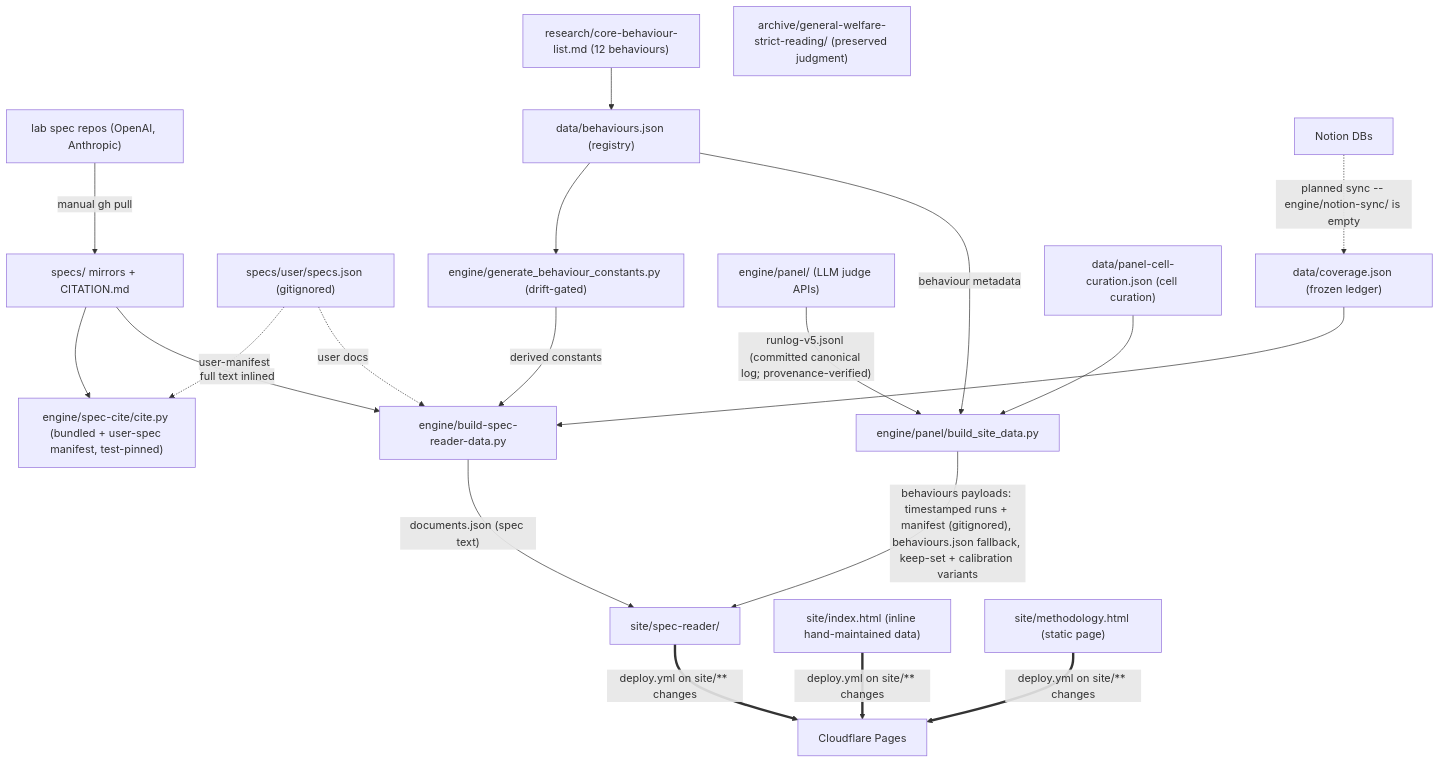
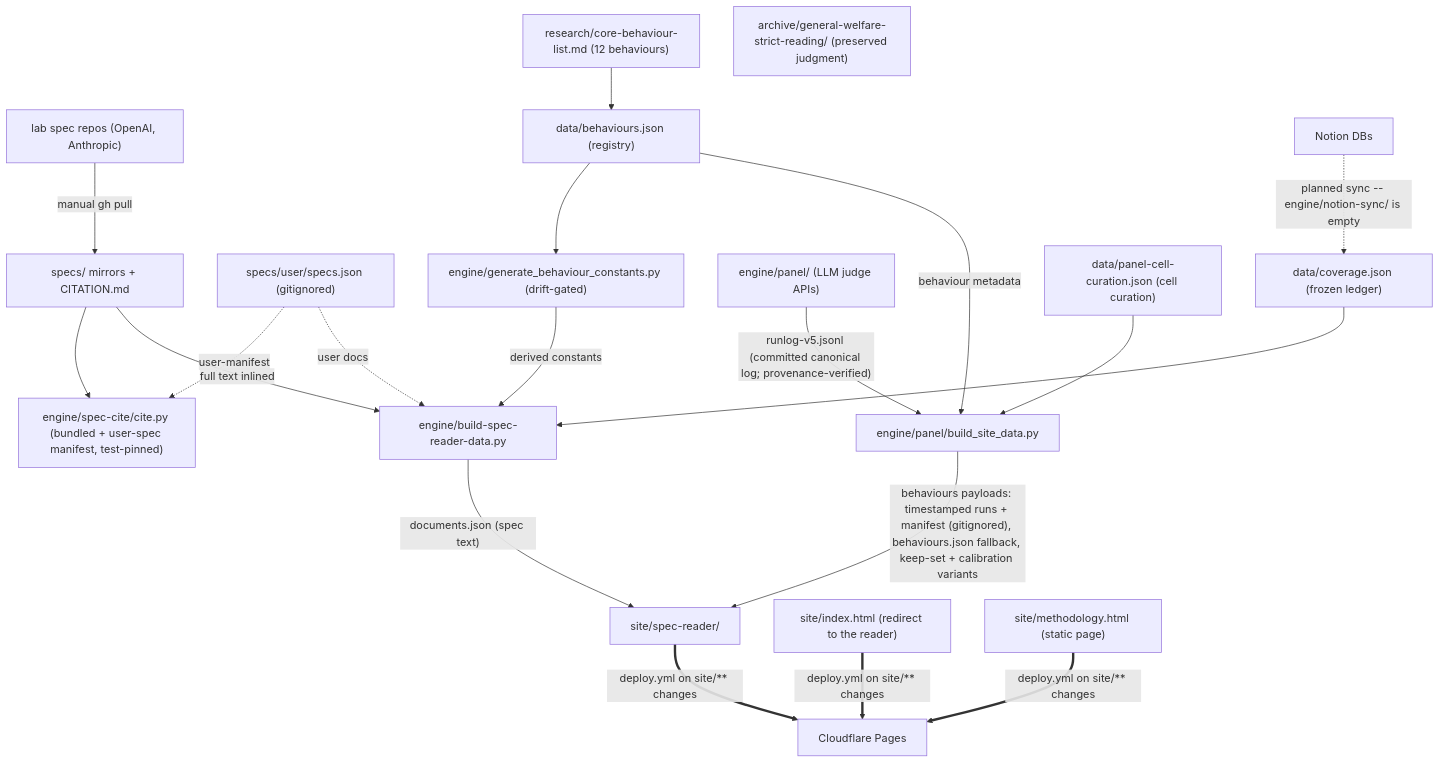
Before and after one commit to AndresCotton/ai-character-index: the diagram in SYSTEM.md, drawn with Mermaid. The commit also changed other lines of this file and 11 other files, not shown here.

First line of the commit message:
refactor(site): retire the index prototype -- the reader is the landing page

````diff
--- a/SYSTEM.md
+++ b/SYSTEM.md
@@ -13,22 +13,22 @@
 ```mermaid
 graph TB
   upstream["lab spec repos (OpenAI, Anthropic)"] -->|"manual gh pull"| specs["specs/ mirrors + CITATION.md"]
   specs --> cite["engine/spec-cite/cite.py (bundled + user-spec manifest, test-pinned)"]
   um["specs/user/specs.json (gitignored)"] -.->|user-manifest| cite
   core["research/core-behaviour-list.md (12 behaviours)"] --> reg["data/behaviours.json (registry)"]
   cov["data/coverage.json (frozen ledger)"] --> bsr
   panel["engine/panel/ (LLM judge APIs)"] -->|"runlog-v5.jsonl (committed canonical log; provenance-verified)"| bsd["engine/panel/build_site_data.py"]
   reg --> gbc["engine/generate_behaviour_constants.py (drift-gated)"]
   reg -->|behaviour metadata| bsd
   gbc -->|derived constants| bsr
   cur["data/panel-cell-curation.json (cell curation)"] --> bsd
   um -.->|user docs| bsr["engine/build-spec-reader-data.py"]
   specs -->|"full text inlined"| bsr
   bsr -->|"documents.json (spec text)"| reader["site/spec-reader/"]
   bsd -->|"behaviours payloads: timestamped runs + manifest (gitignored), behaviours.json fallback, keep-set + calibration variants"| reader
   arch["archive/general-welfare-strict-reading/ (preserved judgment)"]
-  proto["site/index.html (inline hand-maintained data)"]
+  proto["site/index.html (redirect to the reader)"]
   meth["site/methodology.html (static page)"]
   reader & proto & meth ==>|"deploy.yml on site/** changes"| cf["Cloudflare Pages"]
   notion["Notion DBs"] -.->|"planned sync -- engine/notion-sync/ is empty"| cov
 ```
````
